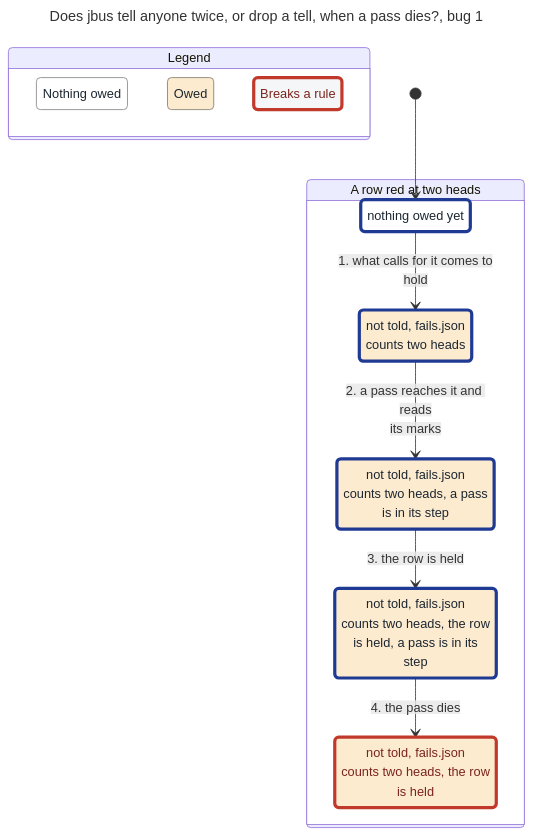
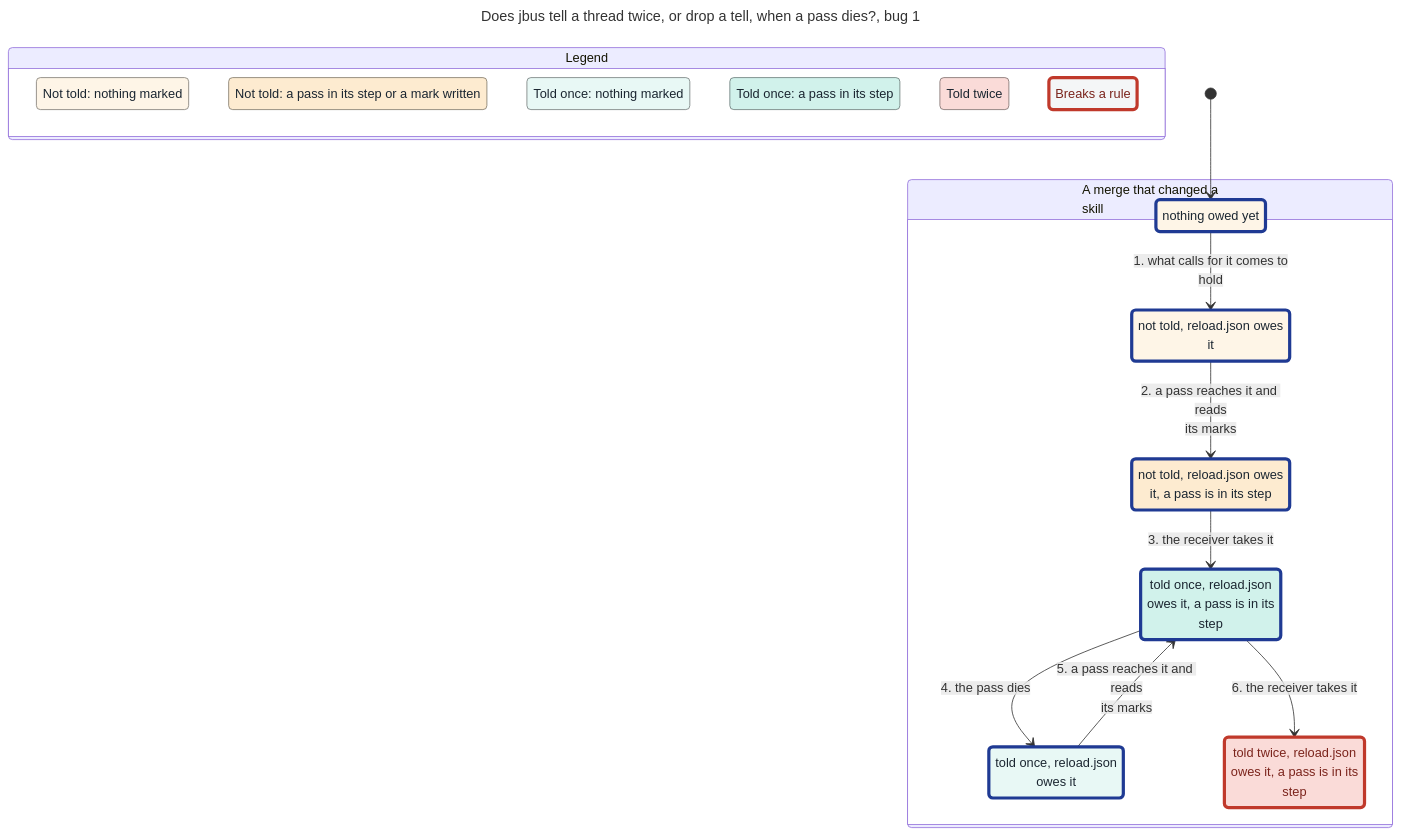
Before and after one commit to JoshuaHayesWasHere/jstack: the diagram in features/jbus/spec/TellOnce-statechart/bug-1.mmd, drawn with Mermaid. The commit also changed 27 other files, not shown here.

First line of the commit message:
feat(statechart): TellOnce splits off the ask owed after a limit, and groups each state by where its tell stands (#1740)

```diff
--- a/features/jbus/spec/TellOnce-statechart/bug-1.mmd
+++ b/features/jbus/spec/TellOnce-statechart/bug-1.mmd
@@ -1,39 +1,54 @@
 ---
-title: "Does jbus tell anyone twice, or drop a tell, when a pass dies?, bug 1"
+title: "Does jbus tell a thread twice, or drop a tell, when a pass dies?, bug 1"
 config:
   markdownAutoWrap: false
   state:
     useMaxWidth: false
 ---
 stateDiagram-v2
   classDef plainWrong fill:#f4f6f7,stroke:#c0392b,stroke-width:4px,color:#7b241c
-  classDef group0 fill:#ffffff,stroke:#808080,color:#1b2631
-  classDef group0Path fill:#ffffff,stroke:#1f3a93,stroke-width:4px,color:#1b2631
+  classDef group0 fill:#fef5e7,stroke:#7f7b74,color:#1b2631
+  classDef group0Path fill:#fef5e7,stroke:#1f3a93,stroke-width:4px,color:#1b2631
   classDef group1 fill:#fdebd0,stroke:#7f7668,color:#1b2631
-  classDef group1Wrong fill:#fdebd0,stroke:#c0392b,stroke-width:4px,color:#7b241c
   classDef group1Path fill:#fdebd0,stroke:#1f3a93,stroke-width:4px,color:#1b2631
+  classDef group3 fill:#e8f8f5,stroke:#747c7b,color:#1b2631
+  classDef group3Path fill:#e8f8f5,stroke:#1f3a93,stroke-width:4px,color:#1b2631
+  classDef group4 fill:#d1f2eb,stroke:#697976,color:#1b2631
+  classDef group4Path fill:#d1f2eb,stroke:#1f3a93,stroke-width:4px,color:#1b2631
+  classDef group8 fill:#fadbd8,stroke:#7d6e6c,color:#1b2631
+  classDef group8Wrong fill:#fadbd8,stroke:#c0392b,stroke-width:4px,color:#7b241c
   state "Legend" as legend {
-    state "Nothing owed" as legendGroup0
-    state "Owed" as legendGroup1
+    state "Not told: nothing marked" as legendGroup0
+    state "Not told: a pass in its step or a mark written" as legendGroup1
+    state "Told once: nothing marked" as legendGroup3
+    state "Told once: a pass in its step" as legendGroup4
+    state "Told twice" as legendGroup8
     state "Breaks a rule" as legendWrong
   }
   class legendGroup0 group0
   class legendGroup1 group1
+  class legendGroup3 group3
+  class legendGroup4 group4
+  class legendGroup8 group8
   class legendWrong plainWrong
-  state "A row red at two heads" as g0 {
-    state "not told, fails.json<br/>counts two heads" as s0
-    state "not told, fails.json<br/>counts two heads, a pass<br/>is in its step" as s1
-    state "not told, fails.json<br/>counts two heads, the row<br/>is held" as s2
-    state "not told, fails.json<br/>counts two heads, the row<br/>is held, a pass is in its<br/>step" as s3
-    state "nothing owed yet" as s4
+  state "A merge that changed a<br/>skill" as g0 {
+    state "not told, reload.json owes<br/>it" as s0
+    state "not told, reload.json owes<br/>it, a pass is in its step" as s1
+    state "nothing owed yet" as s2
+    state "told once, reload.json<br/>owes it" as s3
+    state "told once, reload.json<br/>owes it, a pass is in its<br/>step" as s4
+    state "told twice, reload.json<br/>owes it, a pass is in its<br/>step" as s5
   }
-  [*] --> s4
-  s4 --> s0 : 1. what calls for it comes to<br/>hold
+  [*] --> s2
+  s2 --> s0 : 1. what calls for it comes to<br/>hold
   s0 --> s1 : 2. a pass reaches it and reads<br/>its marks
-  s1 --> s3 : 3. the row is held
-  s3 --> s2 : 4. the pass dies
-  class s0 group1Path
+  s1 --> s4 : 3. the receiver takes it
+  s4 --> s3 : 4. the pass dies
+  s3 --> s4 : 5. a pass reaches it and reads<br/>its marks
+  s4 --> s5 : 6. the receiver takes it
+  class s0 group0Path
   class s1 group1Path
-  class s2 group1Wrong
-  class s3 group1Path
-  class s4 group0Path
+  class s2 group0Path
+  class s3 group3Path
+  class s4 group4Path
+  class s5 group8Wrong
```
